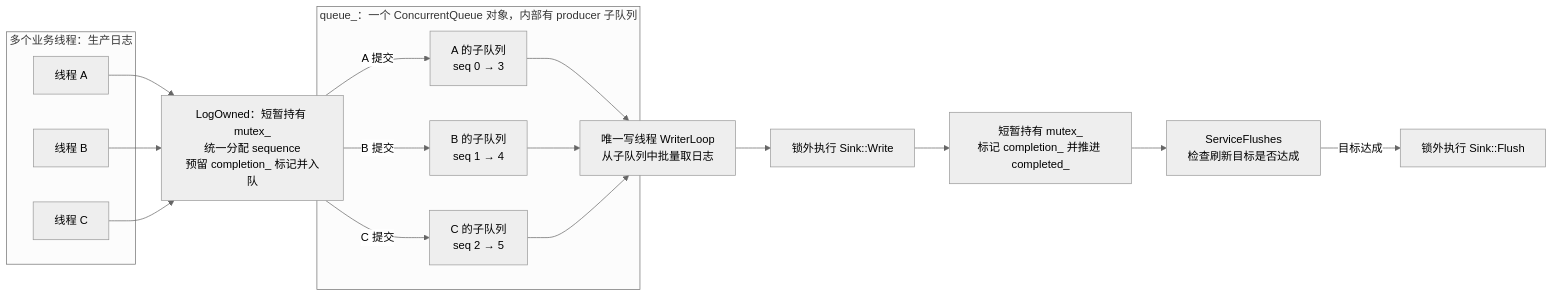
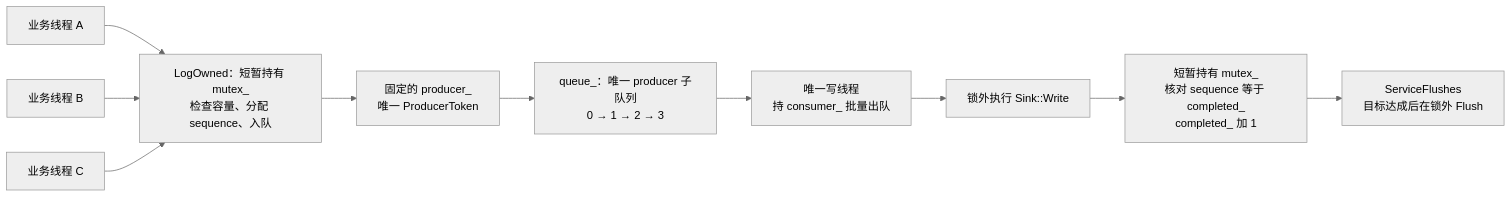
Before and after one commit to diveinyourheart/netlib: the first of 2 diagrams in docs/logging_state.md, drawn with Mermaid (neutral theme). The commit also changed other lines of this file and 13 other files, not shown here.

Commit message:
refactor: make queue producers explicit and simplify log progress

````diff
--- a/docs/logging_state.md
+++ b/docs/logging_state.md
@@ -12,31 +13,13 @@
 ```mermaid
 flowchart LR
-    subgraph producers["多个业务线程：生产日志"]
-        A["线程 A"]
-        B["线程 B"]
-        C["线程 C"]
-    end
-
-    G["LogOwned：短暂持有 mutex_<br/>统一分配 sequence<br/>预留 completion_ 标记并入队"]
-    A --> G
-    B --> G
-    C --> G
-
-    subgraph queue["queue_：一个 ConcurrentQueue 对象，内部有 producer 子队列"]
-        QA["A 的子队列<br/>seq 0 → 3"]
-        QB["B 的子队列<br/>seq 1 → 4"]
-        QC["C 的子队列<br/>seq 2 → 5"]
-    end
-    G -->|"A 提交"| QA
-    G -->|"B 提交"| QB
-    G -->|"C 提交"| QC
-
-    W["唯一写线程 WriterLoop<br/>从子队列中批量取日志"]
-    QA --> W
-    QB --> W
-    QC --> W
+    A["业务线程 A"] --> G
+    B["业务线程 B"] --> G
+    C["业务线程 C"] --> G
+    G["LogOwned：短暂持有 mutex_<br/>检查容量、分配 sequence、入队"]
+    G --> P["固定的 producer_<br/>唯一 ProducerToken"]
+    P --> Q["queue_：唯一 producer 子队列<br/>0 → 1 → 2 → 3"]
+    Q --> W["唯一写线程<br/>持 consumer_ 批量出队"]
     W --> S["锁外执行 Sink::Write"]
-    S --> P["短暂持有 mutex_<br/>标记 completion_ 并推进 completed_"]
-    P --> F["ServiceFlushes<br/>检查刷新目标是否达成"]
-    F -->|"目标达成"| IO["锁外执行 Sink::Flush"]
+    S --> M["短暂持有 mutex_<br/>核对 sequence 等于 completed_<br/>completed_ 加 1"]
+    M --> F["ServiceFlushes<br/>目标达成后在锁外 Flush"]
 ```
````
